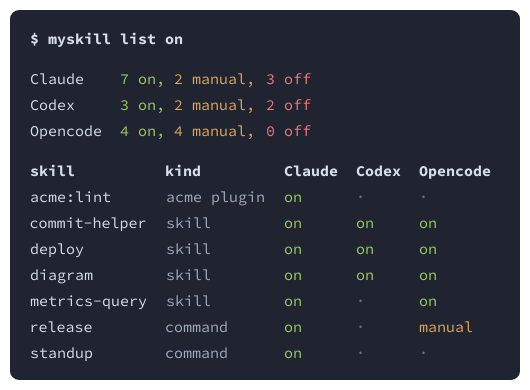
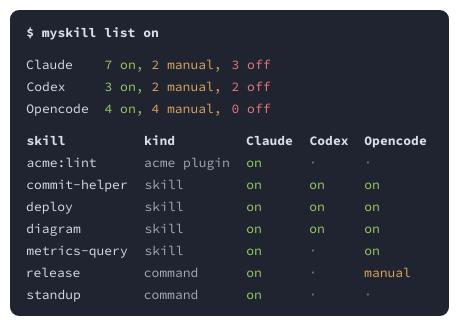
One commit to vadbosh/myskills changed the diagram in docs/list-on.d2. Above: the diagram before and after it, drawn with D2. The commit also changed 4 other files, not shown here.

```diff
--- a/docs/list-on.d2
+++ b/docs/list-on.d2
@@ -2,13 +2,13 @@
 vars: {d2-config: {pad: 0}}
 term: "" {
   grid-columns: 1
-  grid-gap: 14
+  grid-gap: 10
   style: {fill: "#1f2430"; stroke: "#1f2430"; border-radius: 8}
   prompt: '$ myskill list on' {
-    width: 172
-    height: 26
+    width: 150
+    height: 22
     label.near: center-left
-    style: {fill: transparent; stroke-width: 0; font: mono; font-size: 15; font-color: "#d8dee9"; bold: true}
+    style: {fill: transparent; stroke-width: 0; font: mono; font-size: 13; font-color: "#d8dee9"; bold: true}
   }
   summary: "" {
     grid-rows: 3
@@ -16,76 +16,76 @@
     grid-gap: 0
     style: {fill: transparent; stroke-width: 0}
     r0c0: 'Claude' {
-      width: 91
-      height: 26
+      width: 79
+      height: 22
       label.near: center-left
-      style: {fill: transparent; stroke-width: 0; font: mono; font-size: 15; font-color: "#d8dee9"; bold: false}
+      style: {fill: transparent; stroke-width: 0; font: mono; font-size: 13; font-color: "#d8dee9"; bold: false}
     }
     r0c1: '7 on,' {
-      width: 54
-      height: 26
+      width: 47
+      height: 22
       label.near: center-left
-      style: {fill: transparent; stroke-width: 0; font: mono; font-size: 15; font-color: "#9ccc65"; bold: false}
+      style: {fill: transparent; stroke-width: 0; font: mono; font-size: 13; font-color: "#9ccc65"; bold: false}
     }
     r0c2: '2 manual,' {
-      width: 91
-      height: 26
+      width: 79
+      height: 22
       label.near: center-left
-      style: {fill: transparent; stroke-width: 0; font: mono; font-size: 15; font-color: "#e0a75e"; bold: false}
+      style: {fill: transparent; stroke-width: 0; font: mono; font-size: 13; font-color: "#e0a75e"; bold: false}
     }
     r0c3: '3 off' {
-      width: 54
-      height: 26
+      width: 47
+      height: 22
       label.near: center-left
-      style: {fill: transparent; stroke-width: 0; font: mono; font-size: 15; font-color: "#ef7a7a"; bold: false}
+      style: {fill: transparent; stroke-width: 0; font: mono; font-size: 13; font-color: "#ef7a7a"; bold: false}
     }
     r1c0: 'Codex' {
-      width: 91
-      height: 26
+      width: 79
+      height: 22
       label.near: center-left
-      style: {fill: transparent; stroke-width: 0; font: mono; font-size: 15; font-color: "#d8dee9"; bold: false}
+      style: {fill: transparent; stroke-width: 0; font: mono; font-size: 13; font-color: "#d8dee9"; bold: false}
     }
     r1c1: '3 on,' {
-      width: 54
-      height: 26
+      width: 47
+      height: 22
       label.near: center-left
-      style: {fill: transparent; stroke-width: 0; font: mono; font-size: 15; font-color: "#9ccc65"; bold: false}
+      style: {fill: transparent; stroke-width: 0; font: mono; font-size: 13; font-color: "#9ccc65"; bold: false}
     }
     r1c2: '2 manual,' {
-      width: 91
-      height: 26
+      width: 79
+      height: 22
       label.near: center-left
-      style: {fill: transparent; stroke-width: 0; font: mono; font-size: 15; font-color: "#e0a75e"; bold: false}
+      style: {fill: transparent; stroke-width: 0; font: mono; font-size: 13; font-color: "#e0a75e"; bold: false}
     }
     r1c3: '2 off' {
-      width: 54
-      height: 26
+      width: 47
+      height: 22
       label.near: center-left
-      style: {fill: transparent; stroke-width: 0; font: mono; font-size: 15; font-color: "#ef7a7a"; bold: false}
+      style: {fill: transparent; stroke-width: 0; font: mono; font-size: 13; font-color: "#ef7a7a"; bold: false}
     }
     r2c0: 'Opencode' {
-      width: 91
-      height: 26
+      width: 79
+      height: 22
       label.near: center-left
-      style: {fill: transparent; stroke-width: 0; font: mono; font-size: 15; font-color: "#d8dee9"; bold: false}
+      style: {fill: transparent; stroke-width: 0; font: mono; font-size: 13; font-color: "#d8dee9"; bold: false}
     }
     r2c1: '4 on,' {
-      width: 54
-      height: 26
+      width: 47
+      height: 22
       label.near: center-left
-      style: {fill: transparent; stroke-width: 0; font: mono; font-size: 15; font-color: "#9ccc65"; bold: false}
+      style: {fill: transparent; stroke-width: 0; font: mono; font-size: 13; font-color: "#9ccc65"; bold: false}
     }
     r2c2: '4 manual,' {
-      width: 91
-      height: 26
+      width: 79
+      height: 22
       label.near: center-left
-      style: {fill: transparent; stroke-width: 0; font: mono; font-size: 15; font-color: "#e0a75e"; bold: false}
+      style: {fill: transparent; stroke-width: 0; font: mono; font-size: 13; font-color: "#e0a75e"; bold: false}
     }
     r2c3: '0 off' {
-      width: 54
-      height: 26
+      width: 47
+      height: 22
       label.near: center-left
-      style: {fill: transparent; stroke-width: 0; font: mono; font-size: 15; font-color: "#ef7a7a"; bold: false}
+      style: {fill: transparent; stroke-width: 0; font: mono; font-size: 13; font-color: "#ef7a7a"; bold: false}
     }
   }
   table: "" {
@@ -94,244 +94,244 @@
     grid-gap: 0
     style: {fill: transparent; stroke-width: 0}
     r0c0: 'skill' {
-      width: 136
-      height: 26
+      width: 118
+      height: 22
       label.near: center-left
-      style: {fill: transparent; stroke-width: 0; font: mono; font-size: 15; font-color: "#d8dee9"; bold: true}
+      style: {fill: transparent; stroke-width: 0; font: mono; font-size: 13; font-color: "#d8dee9"; bold: true}
     }
     r0c1: 'kind' {
-      width: 118
-      height: 26
+      width: 102
+      height: 22
       label.near: center-left
-      style: {fill: transparent; stroke-width: 0; font: mono; font-size: 15; font-color: "#d8dee9"; bold: true}
+      style: {fill: transparent; stroke-width: 0; font: mono; font-size: 13; font-color: "#d8dee9"; bold: true}
     }
     r0c2: 'Claude' {
-      width: 72
-      height: 26
+      width: 63
+      height: 22
       label.near: center-left
-      style: {fill: transparent; stroke-width: 0; font: mono; font-size: 15; font-color: "#d8dee9"; bold: true}
+      style: {fill: transparent; stroke-width: 0; font: mono; font-size: 13; font-color: "#d8dee9"; bold: true}
     }
     r0c3: 'Codex' {
-      width: 63
-      height: 26
+      width: 55
+      height: 22
       label.near: center-left
-      style: {fill: transparent; stroke-width: 0; font: mono; font-size: 15; font-color: "#d8dee9"; bold: true}
+      style: {fill: transparent; stroke-width: 0; font: mono; font-size: 13; font-color: "#d8dee9"; bold: true}
     }
     r0c4: 'Opencode' {
-      width: 91
-      height: 26
+      width: 79
+      height: 22
       label.near: center-left
-      style: {fill: transparent; stroke-width: 0; font: mono; font-size: 15; font-color: "#d8dee9"; bold: true}
+      style: {fill: transparent; stroke-width: 0; font: mono; font-size: 13; font-color: "#d8dee9"; bold: true}
     }
     r1c0: 'acme:lint' {
-      width: 136
-      height: 26
+      width: 118
+      height: 22
       label.near: center-left
-      style: {fill: transparent; stroke-width: 0; font: mono; font-size: 15; font-color: "#d8dee9"; bold: false}
+      style: {fill: transparent; stroke-width: 0; font: mono; font-size: 13; font-color: "#d8dee9"; bold: false}
     }
     r1c1: 'acme plugin' {
-      width: 118
-      height: 26
+      width: 102
+      height: 22
       label.near: center-left
-      style: {fill: transparent; stroke-width: 0; font: mono; font-size: 15; font-color: "#a3aab8"; bold: false}
+      style: {fill: transparent; stroke-width: 0; font: mono; font-size: 13; font-color: "#a3aab8"; bold: false}
     }
     r1c2: 'on' {
-      width: 72
-      height: 26
+      width: 63
+      height: 22
       label.near: center-left
-      style: {fill: transparent; stroke-width: 0; font: mono; font-size: 15; font-color: "#9ccc65"; bold: false}
+      style: {fill: transparent; stroke-width: 0; font: mono; font-size: 13; font-color: "#9ccc65"; bold: false}
     }
     r1c3: '·' {
-      width: 63
-      height: 26
+      width: 55
+      height: 22
       label.near: center-left
-      style: {fill: transparent; stroke-width: 0; font: mono; font-size: 15; font-color: "#6b7280"; bold: false}
+      style: {fill: transparent; stroke-width: 0; font: mono; font-size: 13; font-color: "#6b7280"; bold: false}
     }
     r1c4: '·' {
-      width: 91
-      height: 26
+      width: 79
+      height: 22
       label.near: center-left
-      style: {fill: transparent; stroke-width: 0; font: mono; font-size: 15; font-color: "#6b7280"; bold: false}
+      style: {fill: transparent; stroke-width: 0; font: mono; font-size: 13; font-color: "#6b7280"; bold: false}
     }
     r2c0: 'commit-helper' {
-      width: 136
-      height: 26
+      width: 118
+      height: 22
       label.near: center-left
-      style: {fill: transparent; stroke-width: 0; font: mono; font-size: 15; font-color: "#d8dee9"; bold: false}
+      style: {fill: transparent; stroke-width: 0; font: mono; font-size: 13; font-color: "#d8dee9"; bold: false}
     }
     r2c1: 'skill' {
-      width: 118
-      height: 26
+      width: 102
+      height: 22
       label.near: center-left
-      style: {fill: transparent; stroke-width: 0; font: mono; font-size: 15; font-color: "#a3aab8"; bold: false}
+      style: {fill: transparent; stroke-width: 0; font: mono; font-size: 13; font-color: "#a3aab8"; bold: false}
     }
     r2c2: 'on' {
-      width: 72
-      height: 26
+      width: 63
+      height: 22
       label.near: center-left
-      style: {fill: transparent; stroke-width: 0; font: mono; font-size: 15; font-color: "#9ccc65"; bold: false}
+      style: {fill: transparent; stroke-width: 0; font: mono; font-size: 13; font-color: "#9ccc65"; bold: false}
     }
     r2c3: 'on' {
-      width: 63
-      height: 26
+      width: 55
+      height: 22
       label.near: center-left
-      style: {fill: transparent; stroke-width: 0; font: mono; font-size: 15; font-color: "#9ccc65"; bold: false}
+      style: {fill: transparent; stroke-width: 0; font: mono; font-size: 13; font-color: "#9ccc65"; bold: false}
     }
     r2c4: 'on' {
-      width: 91
-      height: 26
+      width: 79
+      height: 22
       label.near: center-left
-      style: {fill: transparent; stroke-width: 0; font: mono; font-size: 15; font-color: "#9ccc65"; bold: false}
+      style: {fill: transparent; stroke-width: 0; font: mono; font-size: 13; font-color: "#9ccc65"; bold: false}
     }
     r3c0: 'deploy' {
-      width: 136
-      height: 26
+      width: 118
+      height: 22
       label.near: center-left
-      style: {fill: transparent; stroke-width: 0; font: mono; font-size: 15; font-color: "#d8dee9"; bold: false}
+      style: {fill: transparent; stroke-width: 0; font: mono; font-size: 13; font-color: "#d8dee9"; bold: false}
     }
     r3c1: 'skill' {
-      width: 118
-      height: 26
+      width: 102
+      height: 22
       label.near: center-left
-      style: {fill: transparent; stroke-width: 0; font: mono; font-size: 15; font-color: "#a3aab8"; bold: false}
+      style: {fill: transparent; stroke-width: 0; font: mono; font-size: 13; font-color: "#a3aab8"; bold: false}
     }
     r3c2: 'on' {
-      width: 72
-      height: 26
+      width: 63
+      height: 22
       label.near: center-left
-      style: {fill: transparent; stroke-width: 0; font: mono; font-size: 15; font-color: "#9ccc65"; bold: false}
+      style: {fill: transparent; stroke-width: 0; font: mono; font-size: 13; font-color: "#9ccc65"; bold: false}
     }
     r3c3: 'on' {
-      width: 63
-      height: 26
+      width: 55
+      height: 22
       label.near: center-left
-      style: {fill: transparent; stroke-width: 0; font: mono; font-size: 15; font-color: "#9ccc65"; bold: false}
+      style: {fill: transparent; stroke-width: 0; font: mono; font-size: 13; font-color: "#9ccc65"; bold: false}
     }
     r3c4: 'on' {
-      width: 91
-      height: 26
+      width: 79
+      height: 22
       label.near: center-left
-      style: {fill: transparent; stroke-width: 0; font: mono; font-size: 15; font-color: "#9ccc65"; bold: false}
+      style: {fill: transparent; stroke-width: 0; font: mono; font-size: 13; font-color: "#9ccc65"; bold: false}
     }
     r4c0: 'diagram' {
-      width: 136
-      height: 26
+      width: 118
+      height: 22
       label.near: center-left
-      style: {fill: transparent; stroke-width: 0; font: mono; font-size: 15; font-color: "#d8dee9"; bold: false}
+      style: {fill: transparent; stroke-width: 0; font: mono; font-size: 13; font-color: "#d8dee9"; bold: false}
     }
     r4c1: 'skill' {
-      width: 118
-      height: 26
+      width: 102
+      height: 22
       label.near: center-left
-      style: {fill: transparent; stroke-width: 0; font: mono; font-size: 15; font-color: "#a3aab8"; bold: false}
+      style: {fill: transparent; stroke-width: 0; font: mono; font-size: 13; font-color: "#a3aab8"; bold: false}
     }
     r4c2: 'on' {
-      width: 72
-      height: 26
+      width: 63
+      height: 22
       label.near: center-left
-      style: {fill: transparent; stroke-width: 0; font: mono; font-size: 15; font-color: "#9ccc65"; bold: false}
+      style: {fill: transparent; stroke-width: 0; font: mono; font-size: 13; font-color: "#9ccc65"; bold: false}
     }
     r4c3: 'on' {
-      width: 63
-      height: 26
+      width: 55
+      height: 22
       label.near: center-left
-      style: {fill: transparent; stroke-width: 0; font: mono; font-size: 15; font-color: "#9ccc65"; bold: false}
+      style: {fill: transparent; stroke-width: 0; font: mono; font-size: 13; font-color: "#9ccc65"; bold: false}
     }
     r4c4: 'on' {
-      width: 91
-      height: 26
+      width: 79
+      height: 22
       label.near: center-left
-      style: {fill: transparent; stroke-width: 0; font: mono; font-size: 15; font-color: "#9ccc65"; bold: false}
+      style: {fill: transparent; stroke-width: 0; font: mono; font-size: 13; font-color: "#9ccc65"; bold: false}
     }
     r5c0: 'metrics-query' {
-      width: 136
-      height: 26
+      width: 118
+      height: 22
       label.near: center-left
-      style: {fill: transparent; stroke-width: 0; font: mono; font-size: 15; font-color: "#d8dee9"; bold: false}
+      style: {fill: transparent; stroke-width: 0; font: mono; font-size: 13; font-color: "#d8dee9"; bold: false}
     }
     r5c1: 'skill' {
-      width: 118
-      height: 26
+      width: 102
+      height: 22
       label.near: center-left
-      style: {fill: transparent; stroke-width: 0; font: mono; font-size: 15; font-color: "#a3aab8"; bold: false}
+      style: {fill: transparent; stroke-width: 0; font: mono; font-size: 13; font-color: "#a3aab8"; bold: false}
     }
     r5c2: 'on' {
-      width: 72
-      height: 26
+      width: 63
+      height: 22
       label.near: center-left
-      style: {fill: transparent; stroke-width: 0; font: mono; font-size: 15; font-color: "#9ccc65"; bold: false}
+      style: {fill: transparent; stroke-width: 0; font: mono; font-size: 13; font-color: "#9ccc65"; bold: false}
     }
     r5c3: '·' {
-      width: 63
-      height: 26
+      width: 55
+      height: 22
       label.near: center-left
-      style: {fill: transparent; stroke-width: 0; font: mono; font-size: 15; font-color: "#6b7280"; bold: false}
+      style: {fill: transparent; stroke-width: 0; font: mono; font-size: 13; font-color: "#6b7280"; bold: false}
     }
     r5c4: 'on' {
-      width: 91
-      height: 26
+      width: 79
+      height: 22
       label.near: center-left
-      style: {fill: transparent; stroke-width: 0; font: mono; font-size: 15; font-color: "#9ccc65"; bold: false}
+      style: {fill: transparent; stroke-width: 0; font: mono; font-size: 13; font-color: "#9ccc65"; bold: false}
     }
     r6c0: 'release' {
-      width: 136
-      height: 26
+      width: 118
+      height: 22
       label.near: center-left
-      style: {fill: transparent; stroke-width: 0; font: mono; font-size: 15; font-color: "#d8dee9"; bold: false}
+      style: {fill: transparent; stroke-width: 0; font: mono; font-size: 13; font-color: "#d8dee9"; bold: false}
     }
     r6c1: 'command' {
-      width: 118
-      height: 26
+      width: 102
+      height: 22
       label.near: center-left
-      style: {fill: transparent; stroke-width: 0; font: mono; font-size: 15; font-color: "#a3aab8"; bold: false}
+      style: {fill: transparent; stroke-width: 0; font: mono; font-size: 13; font-color: "#a3aab8"; bold: false}
     }
     r6c2: 'on' {
-      width: 72
-      height: 26
+      width: 63
+      height: 22
       label.near: center-left
-      style: {fill: transparent; stroke-width: 0; font: mono; font-size: 15; font-color: "#9ccc65"; bold: false}
+      style: {fill: transparent; stroke-width: 0; font: mono; font-size: 13; font-color: "#9ccc65"; bold: false}
     }
     r6c3: '·' {
-      width: 63
-      height: 26
+      width: 55
+      height: 22
       label.near: center-left
-      style: {fill: transparent; stroke-width: 0; font: mono; font-size: 15; font-color: "#6b7280"; bold: false}
+      style: {fill: transparent; stroke-width: 0; font: mono; font-size: 13; font-color: "#6b7280"; bold: false}
     }
     r6c4: 'manual' {
-      width: 91
-      height: 26
+      width: 79
+      height: 22
       label.near: center-left
-      style: {fill: transparent; stroke-width: 0; font: mono; font-size: 15; font-color: "#e0a75e"; bold: false}
+      style: {fill: transparent; stroke-width: 0; font: mono; font-size: 13; font-color: "#e0a75e"; bold: false}
     }
     r7c0: 'standup' {
-      width: 136
-      height: 26
+      width: 118
+      height: 22
       label.near: center-left
-      style: {fill: transparent; stroke-width: 0; font: mono; font-size: 15; font-color: "#d8dee9"; bold: false}
+      style: {fill: transparent; stroke-width: 0; font: mono; font-size: 13; font-color: "#d8dee9"; bold: false}
     }
     r7c1: 'command' {
-      width: 118
-      height: 26
+      width: 102
+      height: 22
       label.near: center-left
-      style: {fill: transparent; stroke-width: 0; font: mono; font-size: 15; font-color: "#a3aab8"; bold: false}
+      style: {fill: transparent; stroke-width: 0; font: mono; font-size: 13; font-color: "#a3aab8"; bold: false}
     }
     r7c2: 'on' {
-      width: 72
-      height: 26
+      width: 63
+      height: 22
       label.near: center-left
-      style: {fill: transparent; stroke-width: 0; font: mono; font-size: 15; font-color: "#9ccc65"; bold: false}
+      style: {fill: transparent; stroke-width: 0; font: mono; font-size: 13; font-color: "#9ccc65"; bold: false}
     }
     r7c3: '·' {
-      width: 63
-      height: 26
+      width: 55
+      height: 22
       label.near: center-left
-      style: {fill: transparent; stroke-width: 0; font: mono; font-size: 15; font-color: "#6b7280"; bold: false}
+      style: {fill: transparent; stroke-width: 0; font: mono; font-size: 13; font-color: "#6b7280"; bold: false}
     }
     r7c4: '·' {
-      width: 91
-      height: 26
+      width: 79
+      height: 22
       label.near: center-left
-      style: {fill: transparent; stroke-width: 0; font: mono; font-size: 15; font-color: "#6b7280"; bold: false}
+      style: {fill: transparent; stroke-width: 0; font: mono; font-size: 13; font-color: "#6b7280"; bold: false}
     }
   }
 }
```
